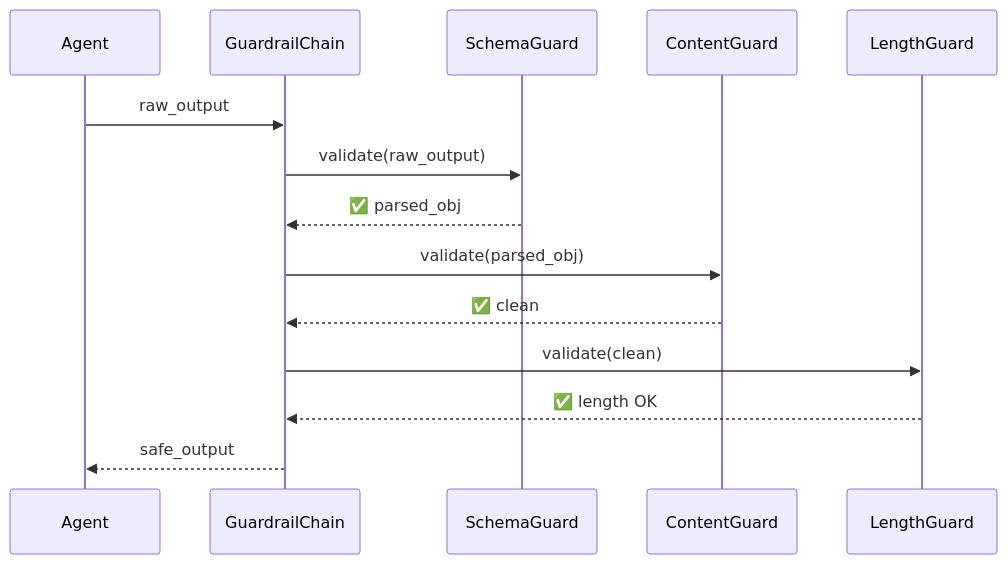
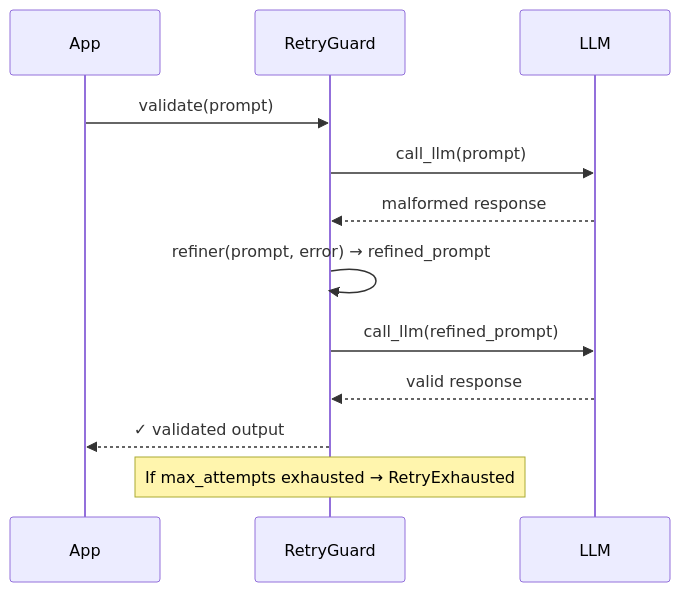
Before and after one commit to darshjme/agent-guardrails: the second of 2 diagrams in README.md, drawn with Mermaid. The commit also changed other lines of this file and 1 other file, not shown here.

````diff
--- a/README.md
+++ b/README.md
@@ -41,17 +216,16 @@
 ```mermaid
 sequenceDiagram
-    participant Agent
-    participant GuardrailChain
-    participant SchemaGuard
-    participant ContentGuard
-    participant LengthGuard
+    participant App
+    participant RetryGuard
+    participant LLM
 
-    Agent->>GuardrailChain: raw_output
-    GuardrailChain->>SchemaGuard: validate(raw_output)
-    SchemaGuard-->>GuardrailChain: ✅ parsed_obj
-    GuardrailChain->>ContentGuard: validate(parsed_obj)
-    ContentGuard-->>GuardrailChain: ✅ clean
-    GuardrailChain->>LengthGuard: validate(clean)
-    LengthGuard-->>GuardrailChain: ✅ length OK
-    GuardrailChain-->>Agent: safe_output
+    App->>RetryGuard: validate(prompt)
+    RetryGuard->>LLM: call_llm(prompt)
+    LLM-->>RetryGuard: malformed response
+    RetryGuard->>RetryGuard: refiner(prompt, error) → refined_prompt
+    RetryGuard->>LLM: call_llm(refined_prompt)
+    LLM-->>RetryGuard: valid response
+    RetryGuard-->>App: ✓ validated output
+
+    Note over RetryGuard: If max_attempts exhausted → RetryExhausted
 ```
````
